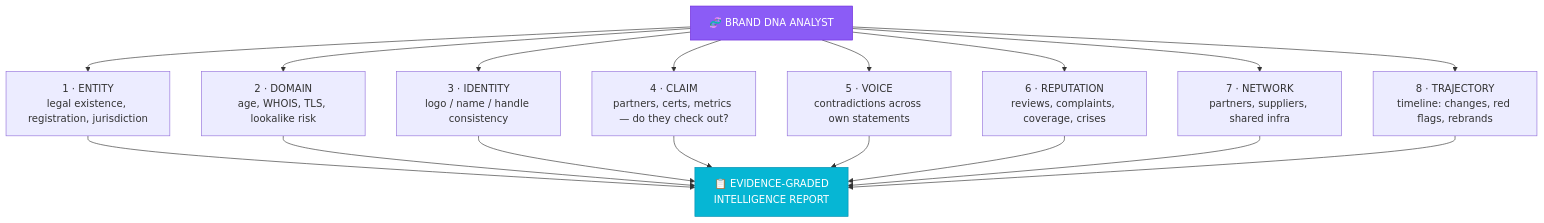
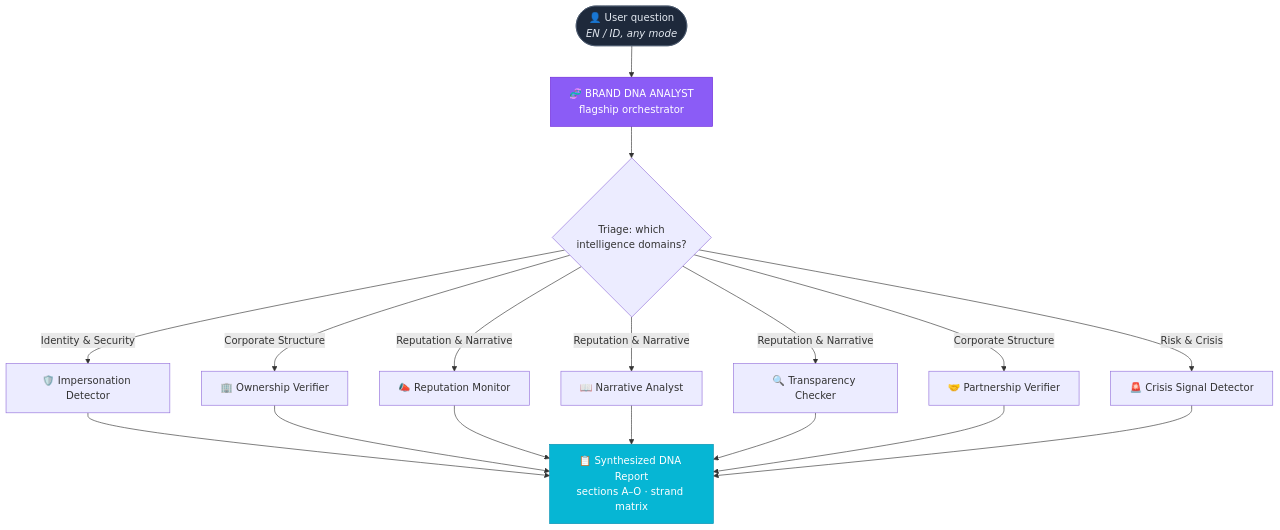
The diagram in README.md (verycoolapps/Brand-DNA-Analyst), drawn with Mermaid before and after one commit. The commit also changed other lines of this file and 7 other files, not shown here.

Commit message:
feat: Category-13 ecosystem — 8 Brand & Reputation OSINT skills (flagship + 7 specialists)

````diff
--- a/README.md
+++ b/README.md
@@ -53,14 +69,16 @@
 ```mermaid
 flowchart TD
-    A["🧬 BRAND DNA ANALYST"] --> B["1 · ENTITY<br/>legal existence, registration, jurisdiction"]
-    A --> C["2 · DOMAIN<br/>age, WHOIS, TLS, lookalike risk"]
-    A --> D["3 · IDENTITY<br/>logo / name / handle consistency"]
-    A --> E["4 · CLAIM<br/>partners, certs, metrics — do they check out?"]
-    A --> F["5 · VOICE<br/>contradictions across own statements"]
-    A --> G["6 · REPUTATION<br/>reviews, complaints, coverage, crises"]
-    A --> H["7 · NETWORK<br/>partners, suppliers, shared infra"]
-    A --> I["8 · TRAJECTORY<br/>timeline: changes, red flags, rebrands"]
-    B & C & D & E & F & G & H & I --> J["📋 EVIDENCE-GRADED<br/>INTELLIGENCE REPORT"]
-    style A fill:#8b5cf6,color:#fff,stroke:#6d28d9
-    style J fill:#06b6d4,color:#fff,stroke:#0891b2
+    U(["👤 User question<br/><i>EN / ID, any mode</i>"]) --> F["🧬 BRAND DNA ANALYST<br/>flagship orchestrator"]
+    F --> T{"Triage: which<br/>intelligence domains?"}
+    T -->|Identity & Security| D1["🛡️ Impersonation Detector"]
+    T -->|Corporate Structure| D2["🏢 Ownership Verifier"]
+    T -->|Reputation & Narrative| D3["📣 Reputation Monitor"]
+    T -->|Reputation & Narrative| D4["📖 Narrative Analyst"]
+    T -->|Reputation & Narrative| D5["🔍 Transparency Checker"]
+    T -->|Corporate Structure| D6["🤝 Partnership Verifier"]
+    T -->|Risk & Crisis| D7["🚨 Crisis Signal Detector"]
+    D1 & D2 & D3 & D4 & D5 & D6 & D7 --> S["📋 Synthesized DNA Report<br/>sections A–O · strand matrix"]
+    style F fill:#8b5cf6,color:#fff,stroke:#6d28d9
+    style S fill:#06b6d4,color:#fff,stroke:#0891b2
+    style U fill:#1e293b,color:#e2e8f0,stroke:#475569
 ```
````
